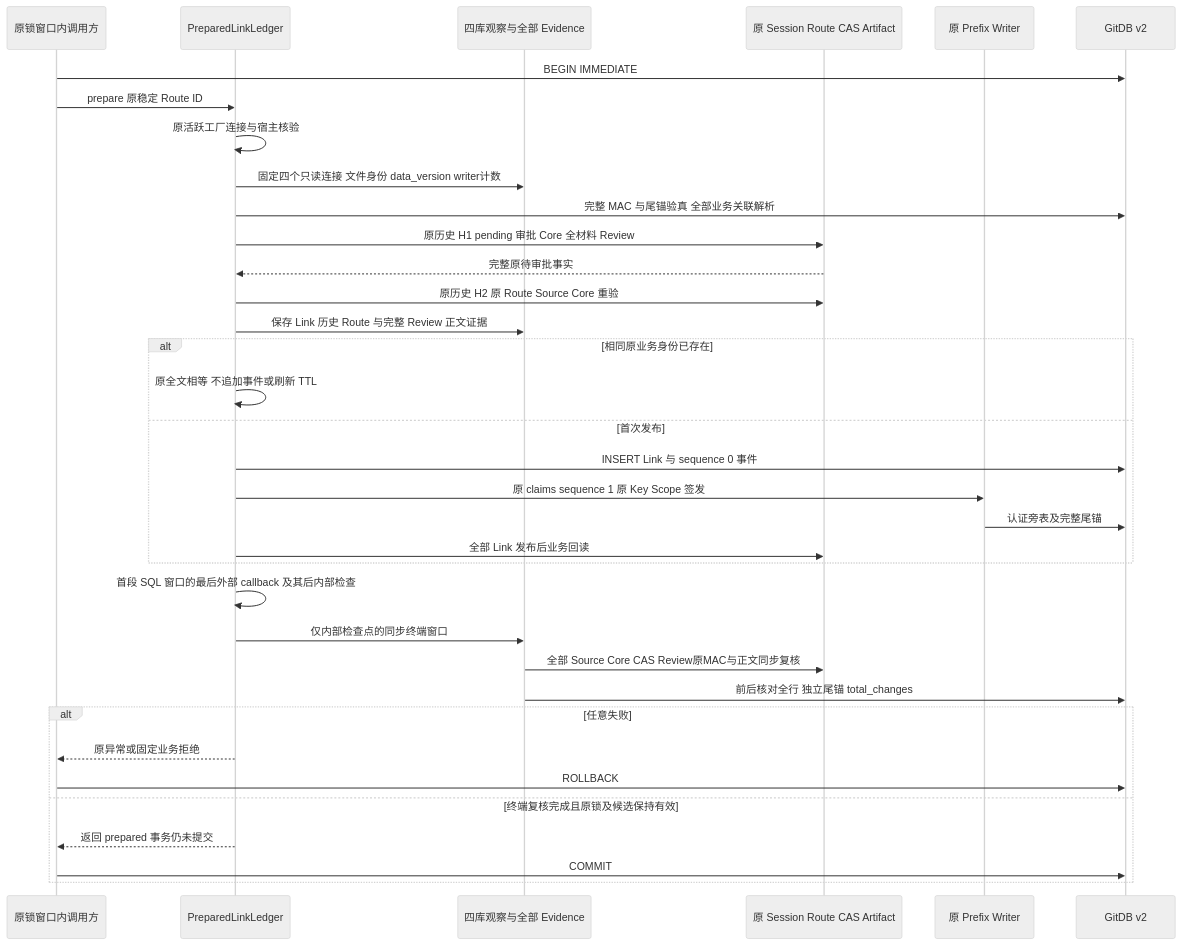
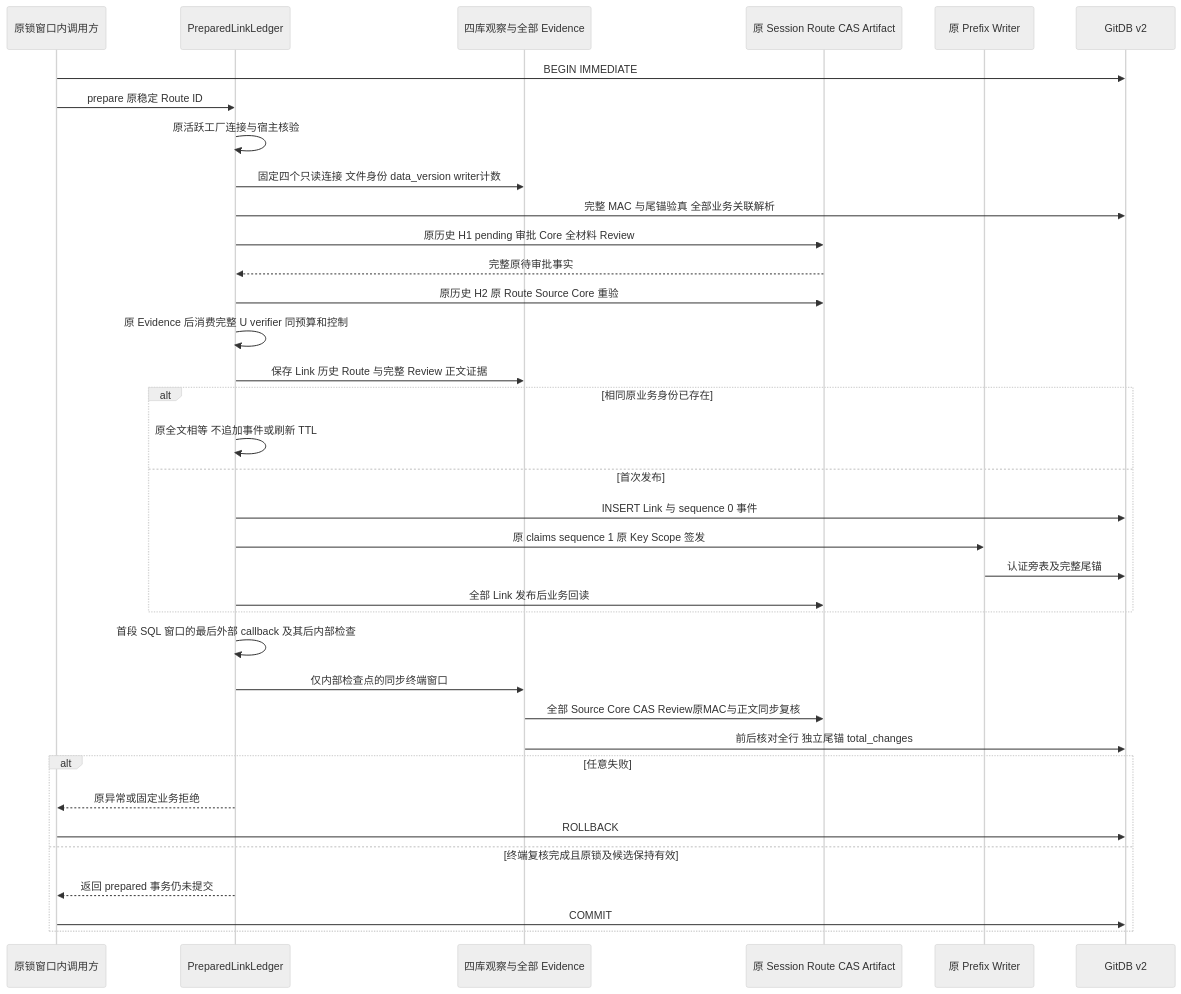
Before and after one commit to carrie1988/Harnessix: the third of 6 diagrams in docs/changes/m09-r4-git-prepared-link.md, drawn with Mermaid (neutral theme). The commit also changed other lines of this file and 5 other files, not shown here.

````diff
--- a/docs/changes/m09-r4-git-prepared-link.md
+++ b/docs/changes/m09-r4-git-prepared-link.md
@@ -187,37 +246,38 @@
 ```mermaid
 sequenceDiagram
     participant H as 原锁窗口内调用方
     participant L as PreparedLinkLedger
     participant O as 四库观察与全部 Evidence
     participant P as 原 Session Route CAS Artifact
     participant W as 原 Prefix Writer
     participant D as GitDB v2
     H->>D: BEGIN IMMEDIATE
     H->>L: prepare 原稳定 Route ID
     L->>L: 原活跃工厂连接与宿主核验
     L->>O: 固定四个只读连接 文件身份 data_version writer计数
     L->>D: 完整 MAC 与尾锚验真 全部业务关联解析
     L->>P: 原历史 H1 pending 审批 Core 全材料 Review
     P-->>L: 完整原待审批事实
     L->>P: 原历史 H2 原 Route Source Core 重验
+    L->>L: 原 Evidence 后消费完整 U verifier 同预算和控制
     L->>O: 保存 Link 历史 Route 与完整 Review 正文证据
     alt 相同原业务身份已存在
         L->>L: 原全文相等 不追加事件或刷新 TTL
     else 首次发布
         L->>D: INSERT Link 与 sequence 0 事件
         L->>W: 原 claims sequence 1 原 Key Scope 签发
         W->>D: 认证旁表及完整尾锚
         L->>P: 全部 Link 发布后业务回读
     end
     L->>L: 首段 SQL 窗口的最后外部 callback 及其后内部检查
     L->>O: 仅内部检查点的同步终端窗口
     O->>P: 全部 Source Core CAS Review原MAC与正文同步复核
     O->>D: 前后核对全行 独立尾锚 total_changes
     alt 任意失败
         L-->>H: 原异常或固定业务拒绝
         H->>D: ROLLBACK
     else 终端复核完成且原锁及候选保持有效
         L-->>H: 返回 prepared 事务仍未提交
         H->>D: COMMIT
     end
 ```
````
